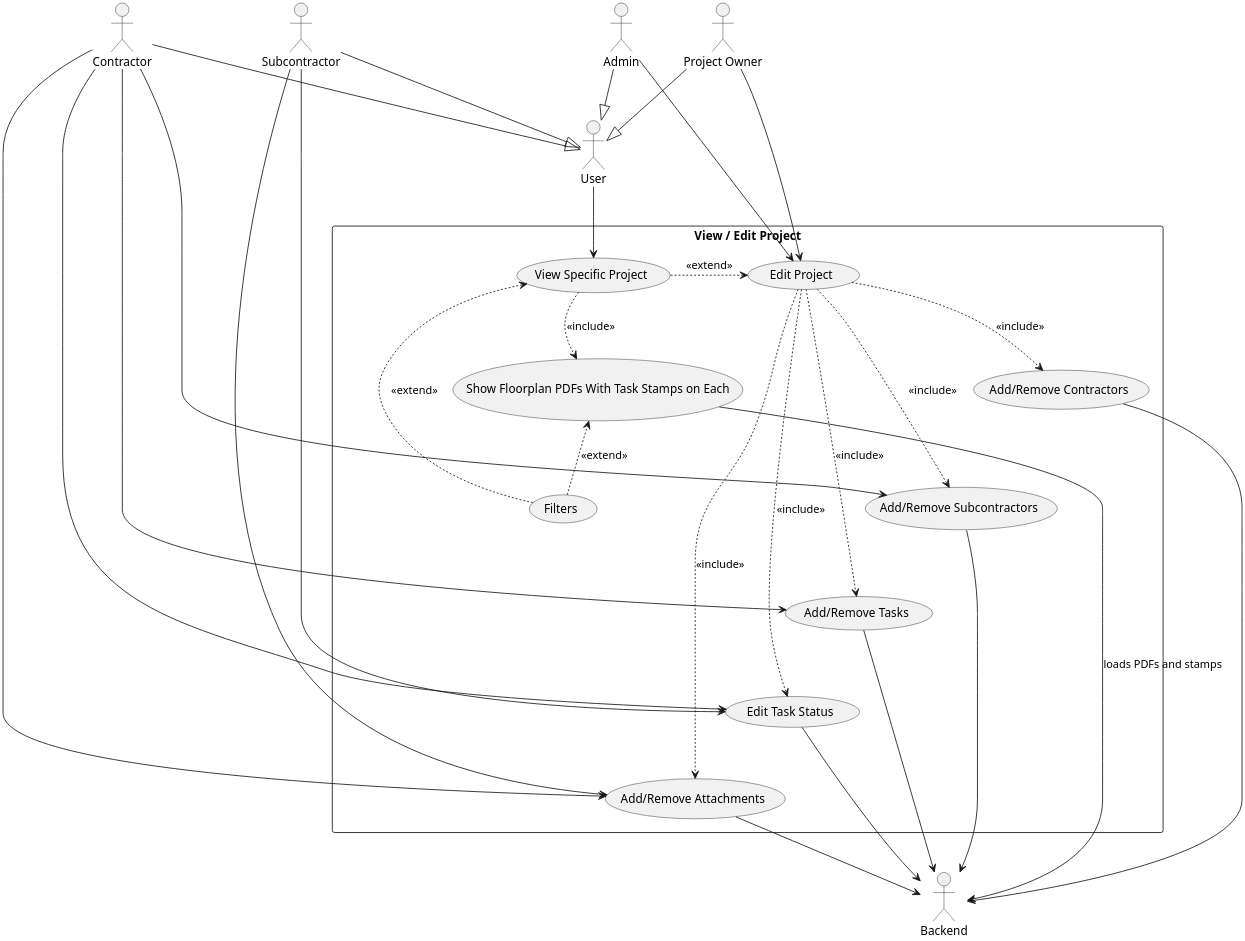
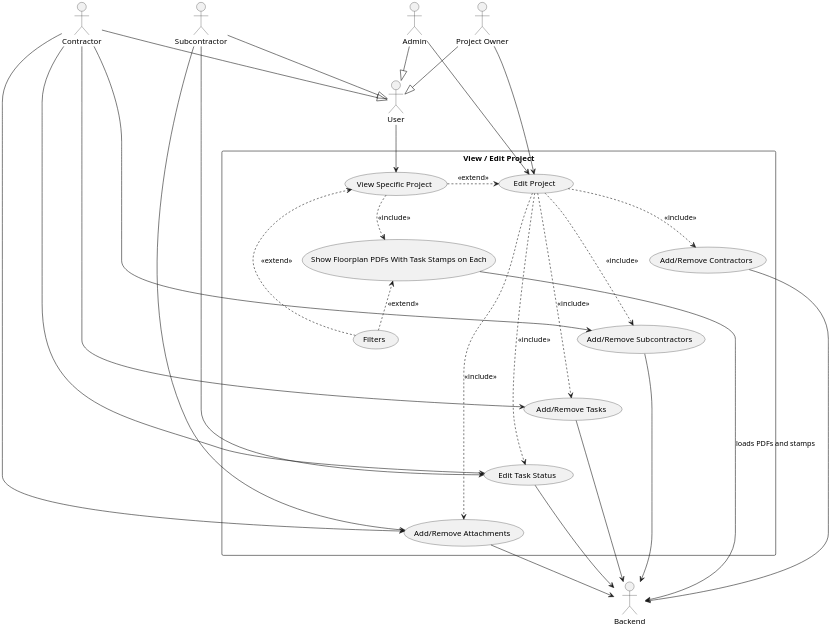
Before and after one commit to owenwriston/CMSC-447: the diagram in Use Cases/PUML/use-case-edit-view-proj.puml, drawn with PlantUML. The commit also changed 8 other files, not shown here.

```diff
--- a/Use Cases/PUML/use-case-edit-view-proj.puml
+++ b/Use Cases/PUML/use-case-edit-view-proj.puml
@@ -1,80 +1,80 @@
 @startuml
-scale 3
+scale 2
 top to bottom direction
 
 actor "Subcontractor" as Sub
 actor "Contractor" as Con
 actor "Project Owner" as Owner
 actor "Admin" as Admin
 actor "User" as User
 actor "Backend" as Back
 
 Sub --|> User
 Con --|> User
 Owner --|> User
 Admin --|> User
 
 rectangle "View / Edit Project" {
   usecase "View Specific Project" as UC5
   usecase "Show Floorplan PDFs With Task Stamps on Each" as UC5a
   usecase "Filters" as UC5b
 
   usecase "Edit Project" as UC4
   usecase "Add/Remove Contractors" as UC4a
   usecase "Add/Remove Subcontractors" as UC4b
   usecase "Add/Remove Tasks" as UC4c
   usecase "Edit Task Status" as UC4d
   usecase "Add/Remove Attachments" as UC4e
 }
 
 ' --- Group: View Specific Project ---
 UC5 -[hidden]down-> UC5a
 UC5a -[hidden]down-> UC5b
 
 ' --- Group: Edit Project ---
 UC4 -[hidden]down-> UC4a
 UC4a -[hidden]down-> UC4b
 UC4b -[hidden]down-> UC4c
 UC4c -[hidden]down-> UC4d
 UC4d -[hidden]down-> UC4e
 
 ' --- Keep groups side by side ---
 UC5 -[hidden]right-> UC4
 
 User --> UC5
 UC5 .> UC5a : <<include>>
 UC5a --> Back : loads PDFs and stamps
 
 UC5b .> UC5 : <<extend>>
 UC5b .> UC5a : <<extend>>
 
 ' Editing extends off viewing a project
 UC5 .> UC4 : <<extend>>
 
 Owner --> UC4
 Admin --> UC4
 
 ' Owner/Admin only
 UC4 .> UC4a : <<include>>
 
 ' Owner/Admin/Contractor
 UC4 .> UC4b : <<include>>
 Con --> UC4b
 UC4 .> UC4c : <<include>>
 Con --> UC4c
 
 ' Owner/Admin/Contractor/Subcontractor
 UC4 .> UC4d : <<include>>
 Con --> UC4d
 Sub --> UC4d
 UC4 .> UC4e : <<include>>
 Con --> UC4e
 Sub --> UC4e
 
 UC4a --> Back
 UC4b --> Back
 UC4c --> Back
 UC4d --> Back
 UC4e --> Back
 
 @enduml
```
